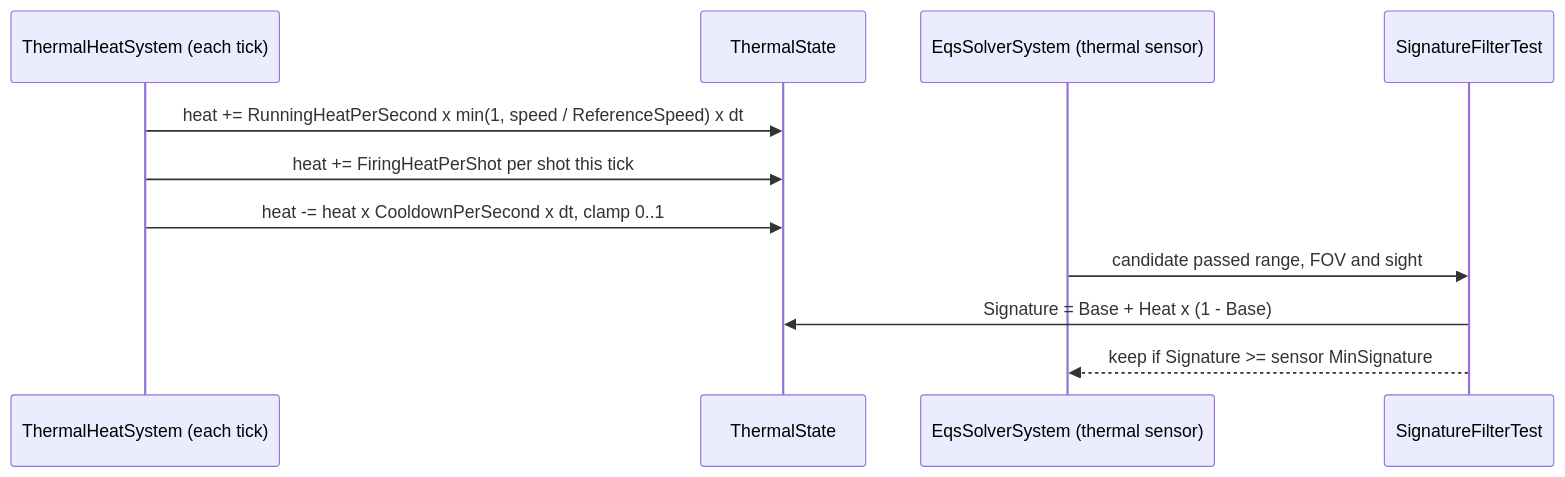
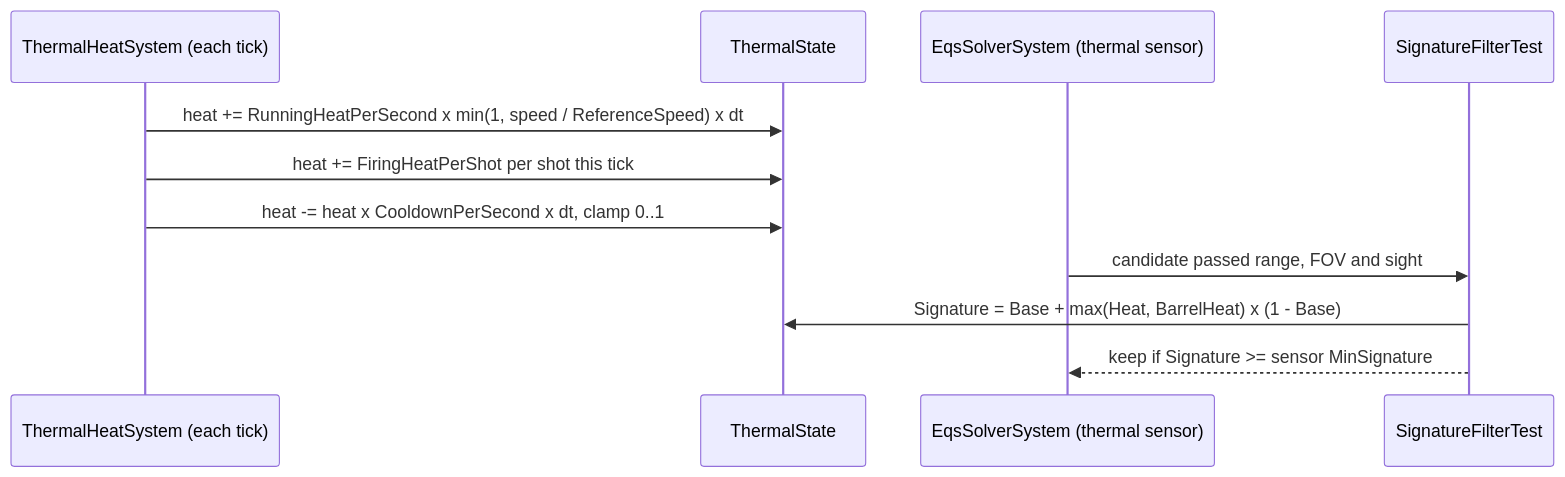
Before and after one commit to pjanec/HROT: the fourth of 18 diagrams in docs/DESIGN_Thermal_And_Acoustic_Sensing.md, drawn with Mermaid. The commit also changed other lines of this file and 26 other files, not shown here.

First line of the commit message:
CE-1358: barrel heat — an automatic gun fires at its cyclic rate until it is too hot; every barrel warms the thermal signature

````diff
--- a/docs/DESIGN_Thermal_And_Acoustic_Sensing.md
+++ b/docs/DESIGN_Thermal_And_Acoustic_Sensing.md
@@ -248,13 +248,13 @@
 ```mermaid
 sequenceDiagram
   participant H as ThermalHeatSystem (each tick)
   participant TS as ThermalState
   participant E as EqsSolverSystem (thermal sensor)
   participant G as SignatureFilterTest
   H->>TS: heat += RunningHeatPerSecond x min(1, speed / ReferenceSpeed) x dt
   H->>TS: heat += FiringHeatPerShot per shot this tick
   H->>TS: heat -= heat x CooldownPerSecond x dt, clamp 0..1
   E->>G: candidate passed range, FOV and sight
-  G->>TS: Signature = Base + Heat x (1 - Base)
+  G->>TS: Signature = Base + max(Heat, BarrelHeat) x (1 - Base)
   G-->>E: keep if Signature >= sensor MinSignature
 ```
````
